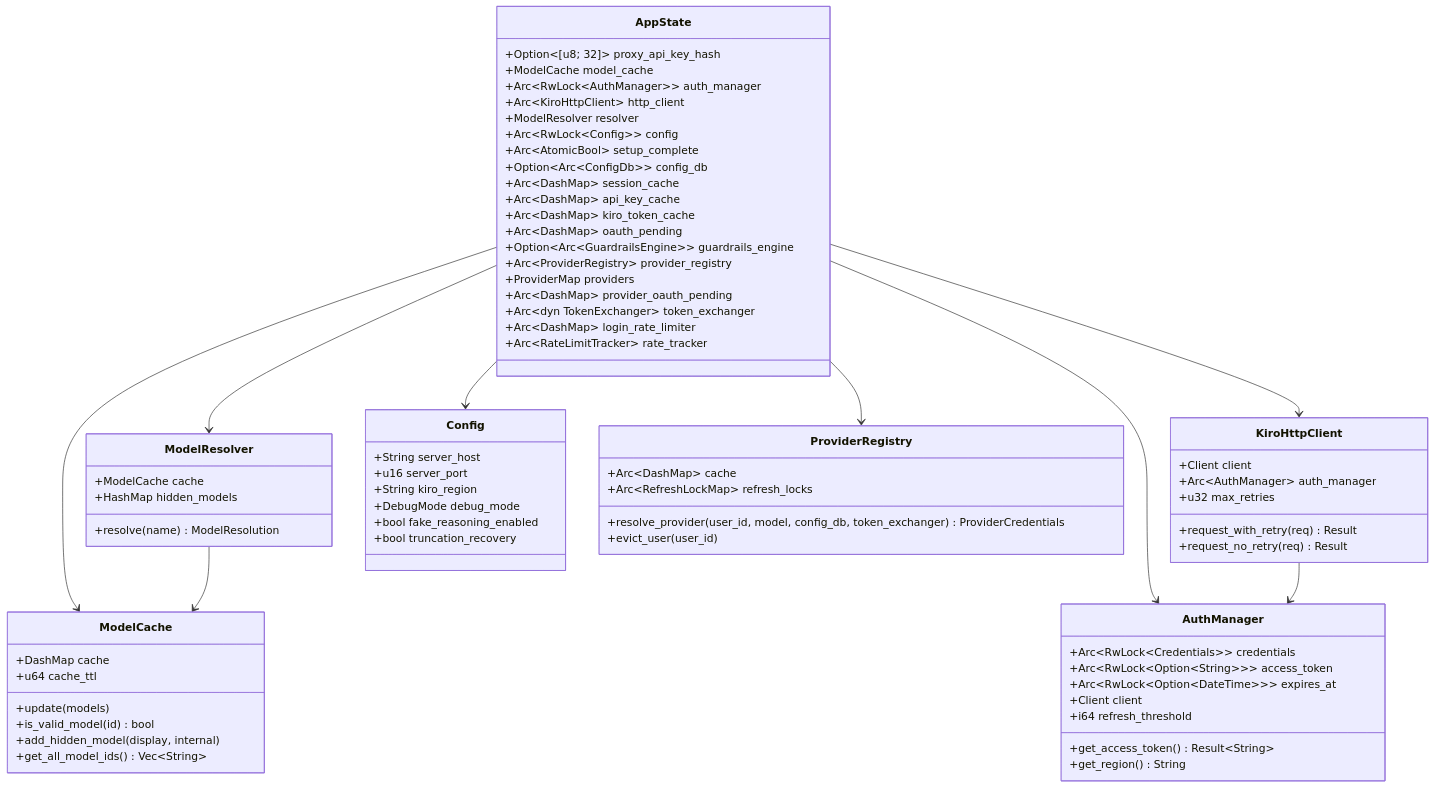
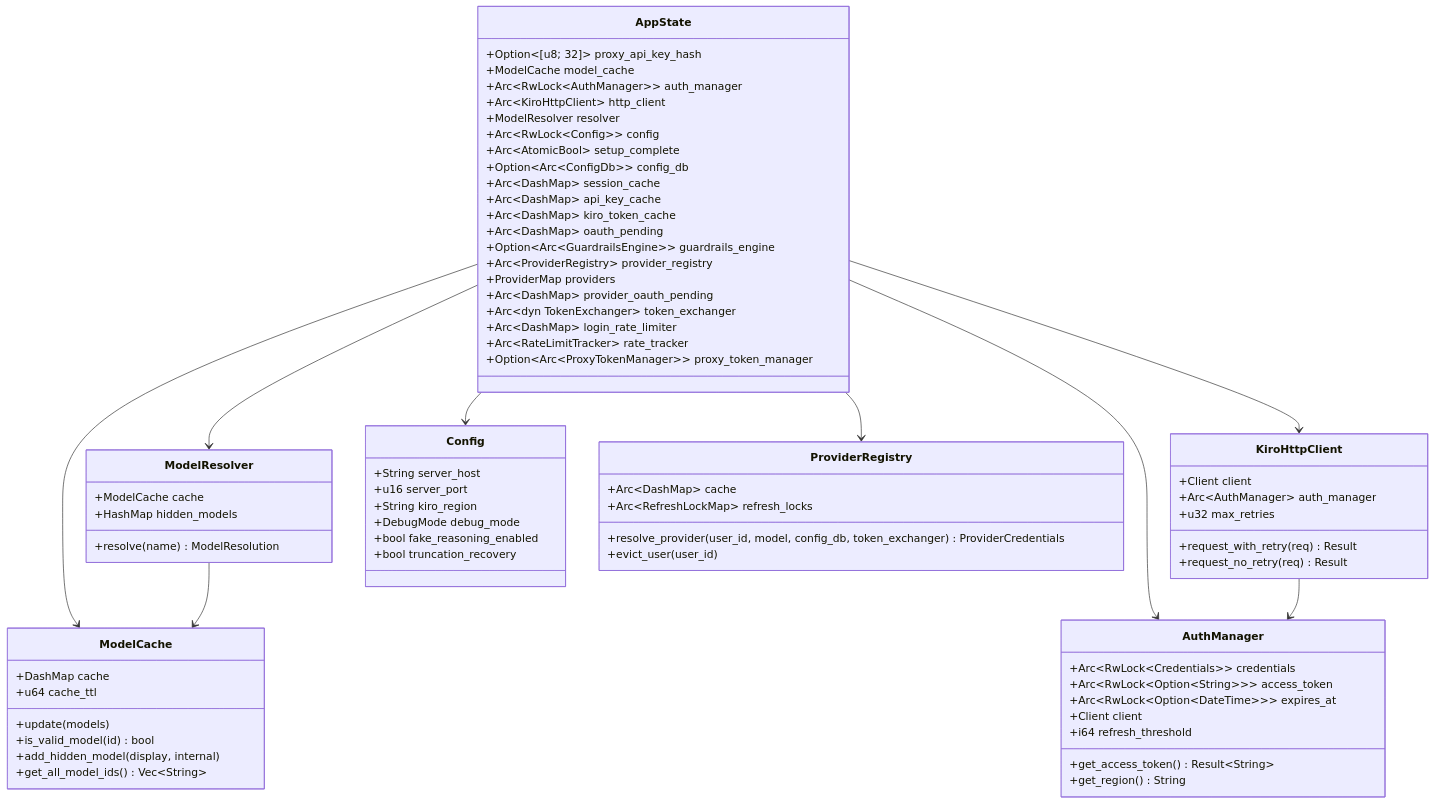
One commit to if414013/harbangan changed the second of 3 diagrams in gh-pages/docs/architecture/index.md. Above: the diagram before and after it, drawn with Mermaid. The commit also changed other lines of this file and 6 other files, not shown here.

```diff
--- a/gh-pages/docs/architecture/index.md
+++ b/gh-pages/docs/architecture/index.md
@@ -223,6 +223,7 @@
         +Arc~dyn TokenExchanger~ token_exchanger
         +Arc~DashMap~ login_rate_limiter
         +Arc~RateLimitTracker~ rate_tracker
+        +Option~Arc~ProxyTokenManager~~ proxy_token_manager
     }
 
     class ModelCache {
```
